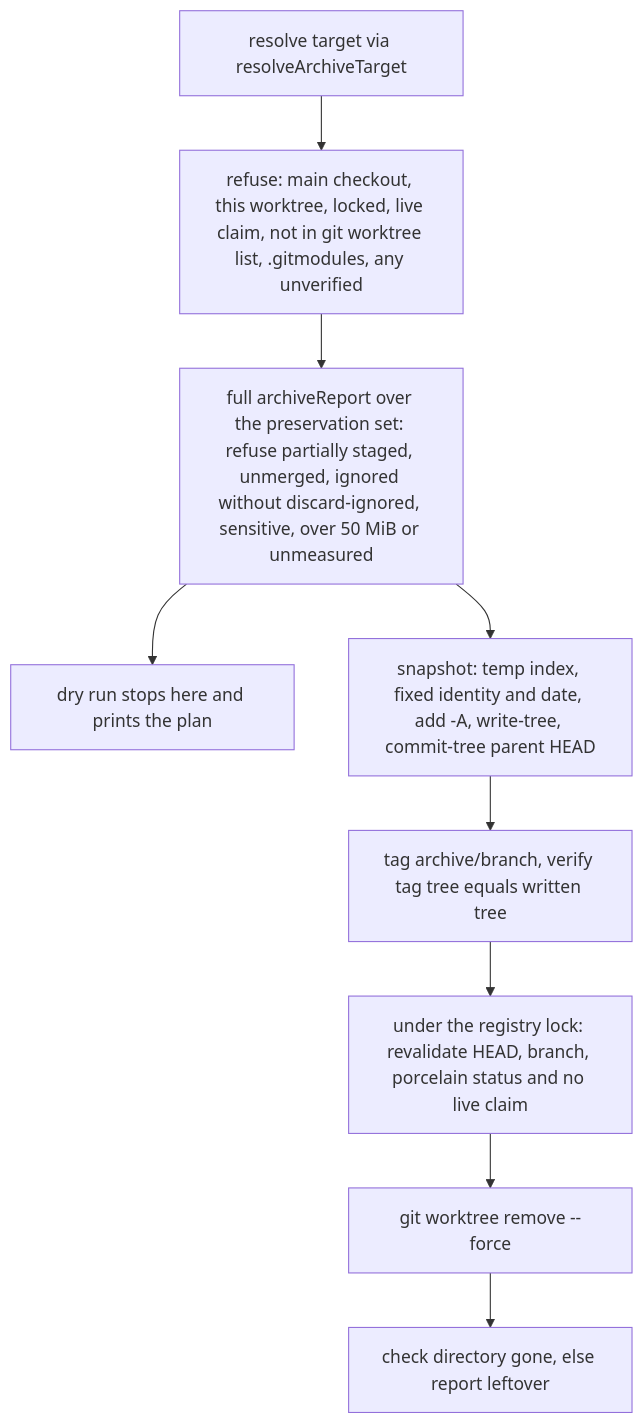
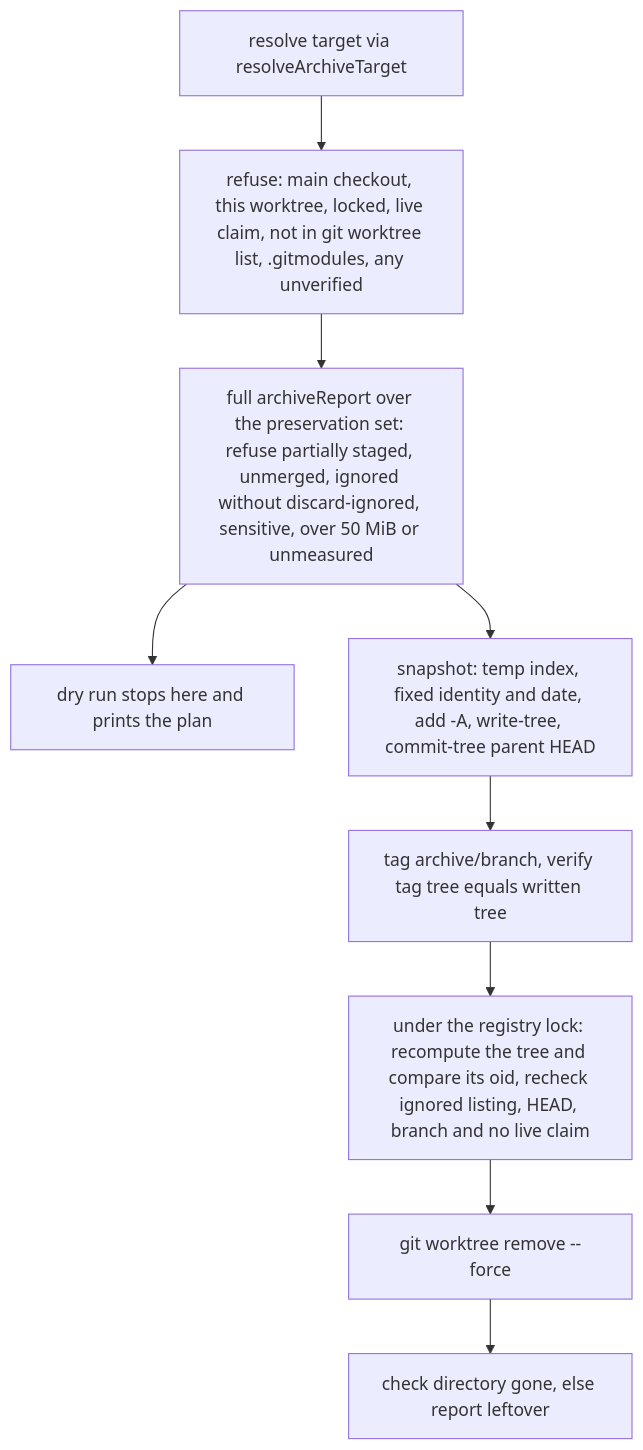
Before and after one commit to Lbstrydom/claude-engineering-skills: the second of 2 diagrams in docs/plans/fleet-unclaimed-work-and-switch-friction.md, drawn with Mermaid. The commit also changed other lines of this file and 1 other file, not shown here.

Commit message:
plan: Gemini round 2 fixes (tree-oid revalidation, covered-by-claim group, valid detached tag names) and audit trail

````diff
--- a/docs/plans/fleet-unclaimed-work-and-switch-friction.md
+++ b/docs/plans/fleet-unclaimed-work-and-switch-friction.md
@@ -154,11 +155,11 @@
 ```mermaid
 graph TD
   A["resolve target via resolveArchiveTarget"] --> B["refuse: main checkout, this worktree, locked, live claim, not in git worktree list, .gitmodules, any unverified"]
   B --> C["full archiveReport over the preservation set: refuse partially staged, unmerged, ignored without discard-ignored, sensitive, over 50 MiB or unmeasured"]
   C --> D["dry run stops here and prints the plan"]
   C --> E["snapshot: temp index, fixed identity and date, add -A, write-tree, commit-tree parent HEAD"]
   E --> F["tag archive/branch, verify tag tree equals written tree"]
-  F --> G["under the registry lock: revalidate HEAD, branch, porcelain status and no live claim"]
+  F --> G["under the registry lock: recompute the tree and compare its oid, recheck ignored listing, HEAD, branch and no live claim"]
   G --> H["git worktree remove --force"]
   H --> I["check directory gone, else report leftover"]
 ```
````
